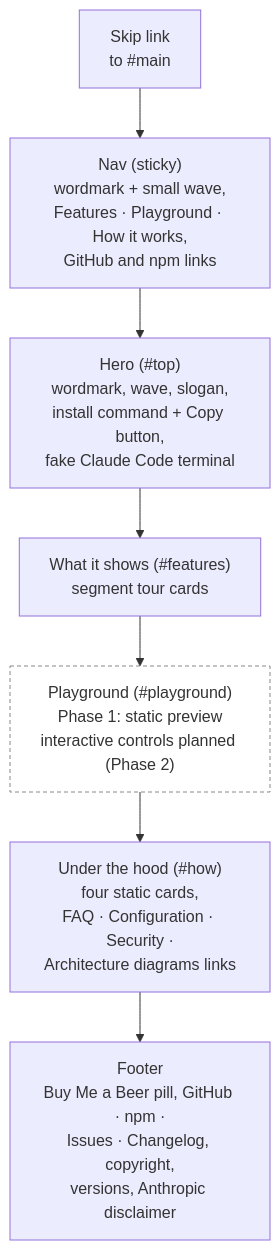
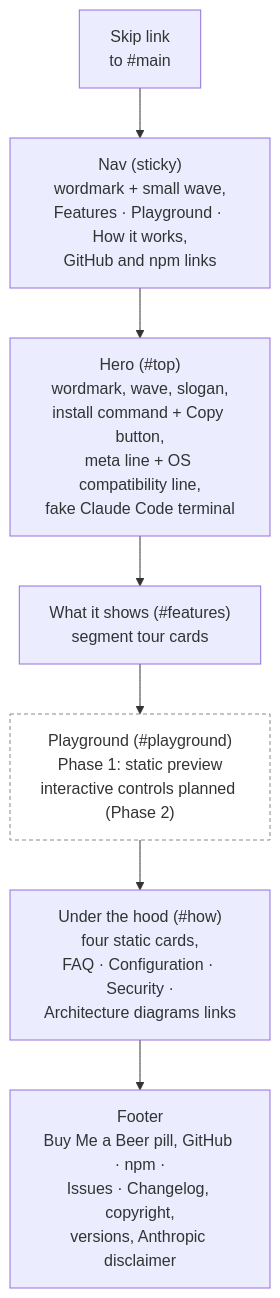
The first of 2 diagrams in diagrams/page-structure.md (carterptull/ampline-website), drawn with Mermaid before and after one commit. The commit also changed 5 other files, not shown here.

````diff
--- a/diagrams/page-structure.md
+++ b/diagrams/page-structure.md
@@ -9,11 +9,11 @@
 ```mermaid
 flowchart TB
     skip["Skip link<br/>to #main"] --> nav["Nav (sticky)<br/>wordmark + small wave,<br/>Features · Playground · How it works,<br/>GitHub and npm links"]
-    nav --> hero["Hero (#top)<br/>wordmark, wave, slogan,<br/>install command + Copy button,<br/>fake Claude Code terminal"]
+    nav --> hero["Hero (#top)<br/>wordmark, wave, slogan,<br/>install command + Copy button,<br/>meta line + OS compatibility line,<br/>fake Claude Code terminal"]
     hero --> features["What it shows (#features)<br/>segment tour cards"]
     features --> play["Playground (#playground)<br/>Phase 1: static preview<br/>interactive controls planned (Phase 2)"]
     play --> how["Under the hood (#how)<br/>four static cards,<br/>FAQ · Configuration · Security ·<br/>Architecture diagrams links"]
     how --> footer["Footer<br/>Buy Me a Beer pill, GitHub · npm ·<br/>Issues · Changelog, copyright,<br/>versions, Anthropic disclaimer"]
 
     style play fill:transparent,stroke:#888,stroke-width:1px,stroke-dasharray: 4 3
 ```
````
